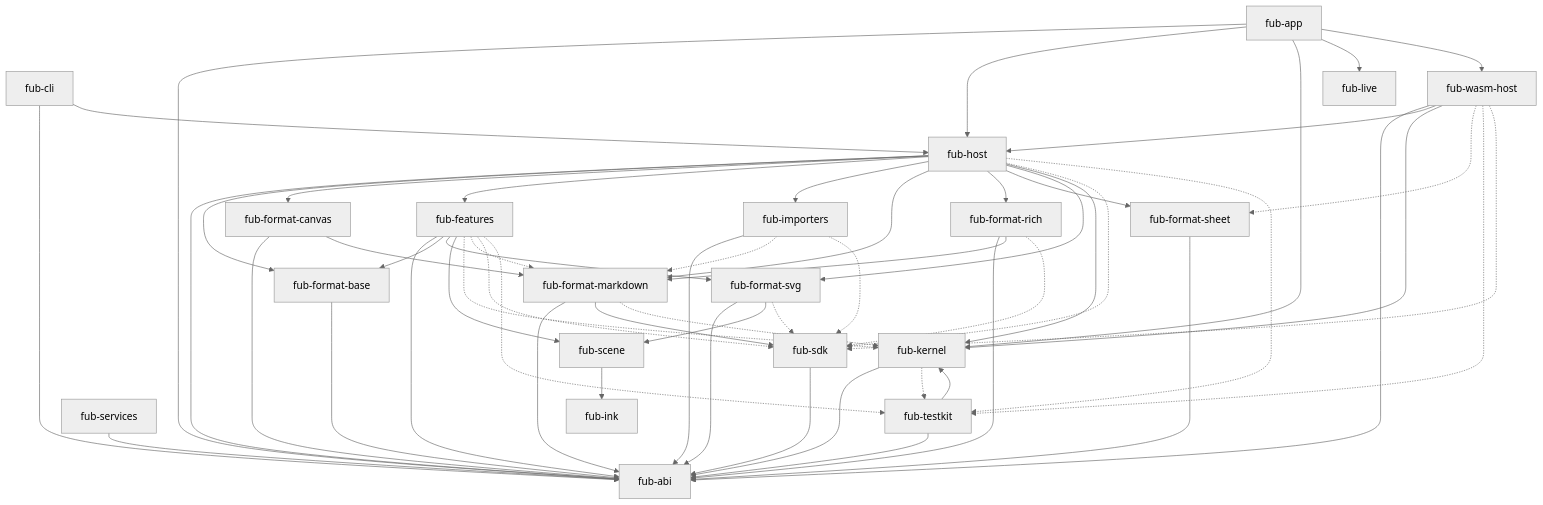
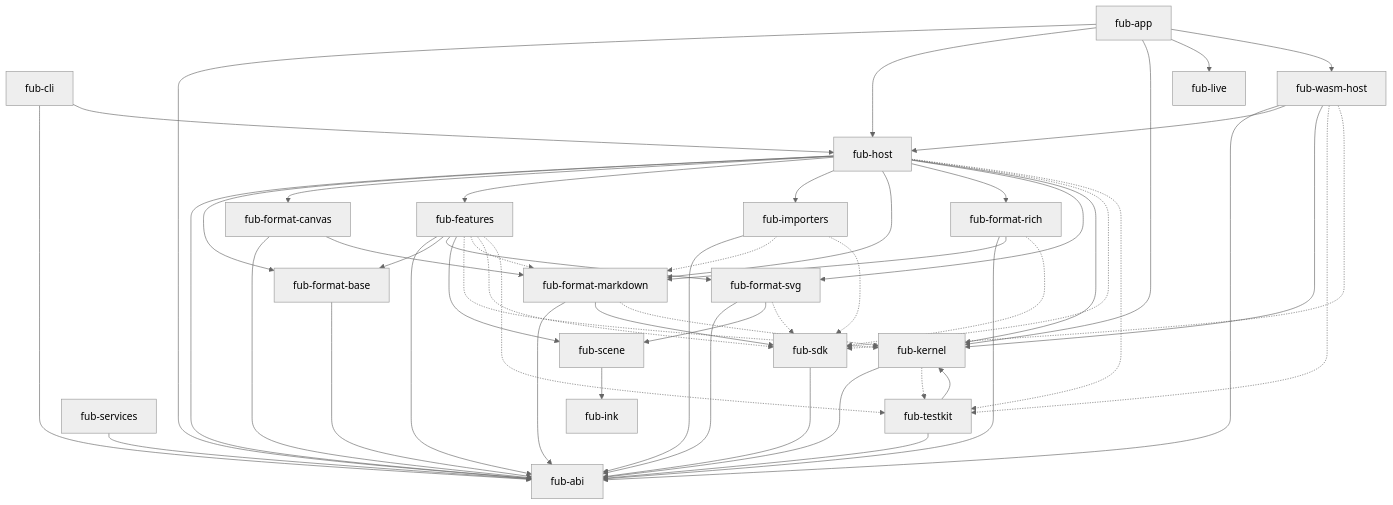
Before and after one commit to Fubeo/Fub: the first of 4 diagrams in docs/architecture/overview.md, drawn with Mermaid (neutral theme). The commit also changed 19 other files, not shown here.

```diff
--- a/docs/architecture/overview.md
+++ b/docs/architecture/overview.md
@@ -35,7 +35,6 @@
     host["fub-host"]
     features["fub-features"]
     markdown["fub-format-markdown"]
-    sheet["fub-format-sheet"]
     base["fub-format-base"]
     canvas["fub-format-canvas"]
     svg["fub-format-svg"]
@@ -64,7 +63,6 @@
     host --> importers
     host --> markdown
     host --> rich
-    host --> sheet
     host --> svg
     host --> kernel
     cli --> abi
@@ -82,7 +80,6 @@
     features --> scene
     markdown --> abi
     markdown --> sdk
-    sheet --> abi
     svg --> abi
     svg --> scene
     scene --> ink
@@ -102,7 +99,6 @@
     kernel -.-> testkit
     host -.-> sdk
     host -.-> testkit
-    wasmhost -.-> sheet
     wasmhost -.-> testkit
     wasmhost -.-> sdk
     importers -.-> markdown
```
